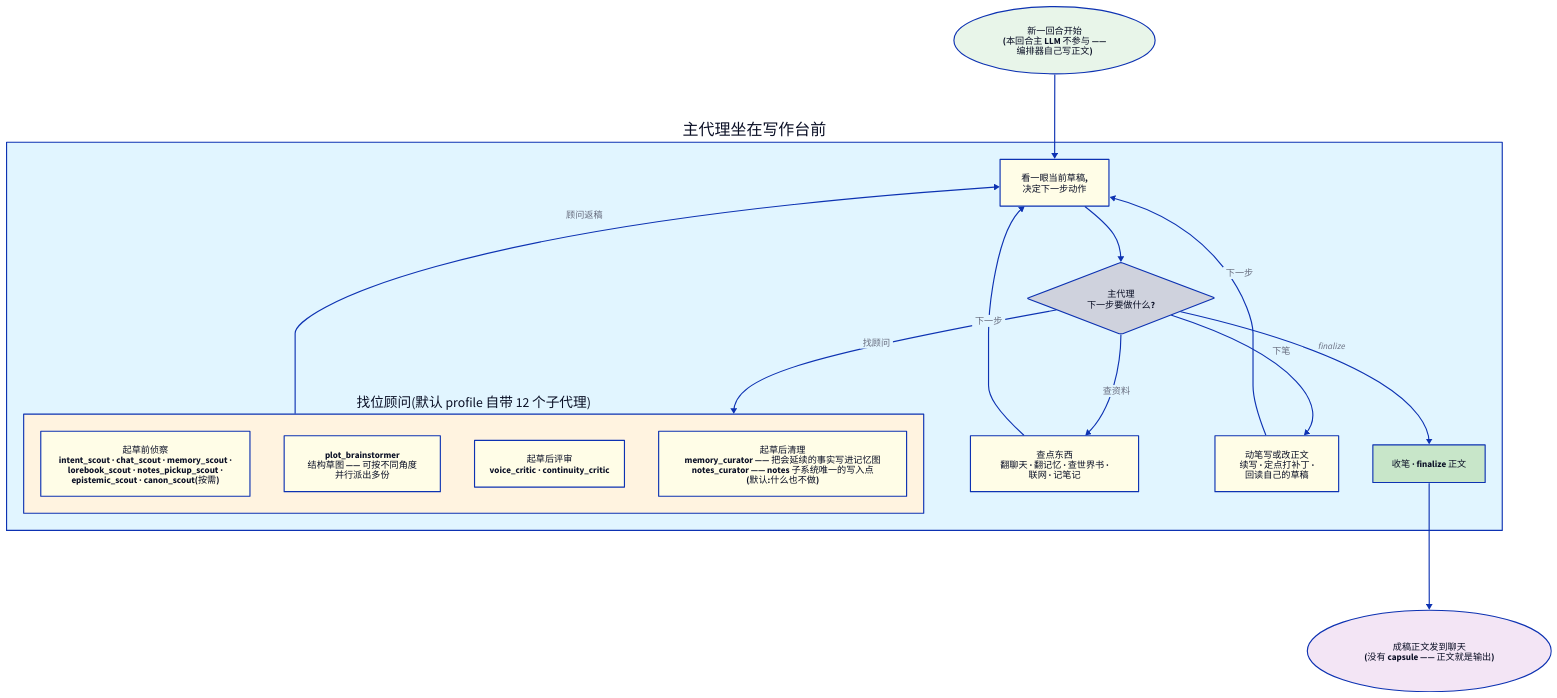
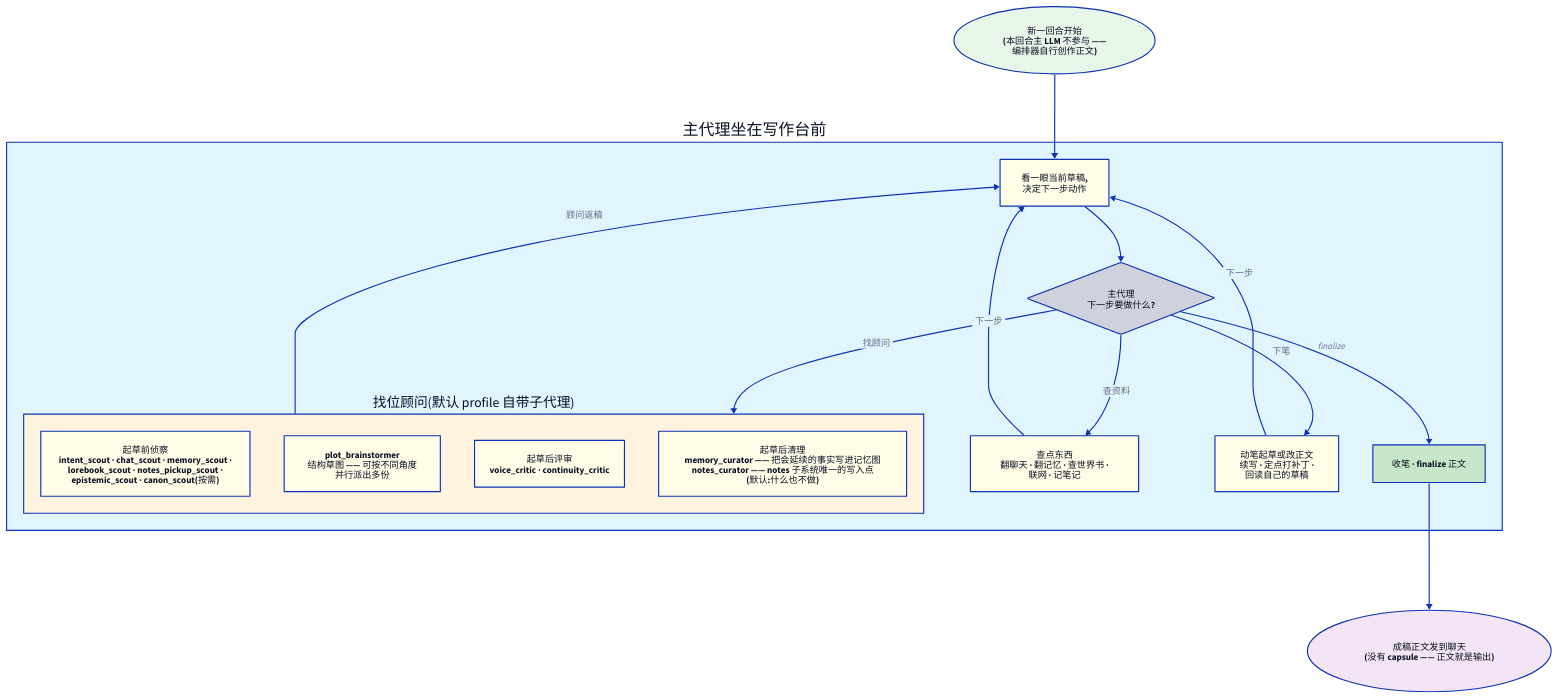
One commit to LaceLetho/Luker changed the diagram in docs/zh-CN/features/orchestrator/director.md. Above: the diagram before and after it, drawn with D2. The commit also changed other lines of this file and 257 other files, not shown here.

````diff
--- a/docs/zh-CN/features/orchestrator/director.md
+++ b/docs/zh-CN/features/orchestrator/director.md
@@ -86,65 +86,65 @@
 ```d2
 direction: down
 
-start: "新一回合开始\n(本回合主 LLM 不参与 ——\n编排器自己写正文)" {
+start: "新一回合开始\n(本回合主 LLM 不参与 ——\n编排器自行创作正文)" {
   shape: oval
   style.fill: "#e8f5e9"
 }
 
 loop: "主代理坐在写作台前" {
   style.fill: "#e1f5ff"
 
   think: "看一眼当前草稿,\n决定下一步动作" {
     style.fill: "#fffde7"
   }
 
   decide: "主代理\n下一步要做什么?" {
     shape: diamond
   }
 
-  consult: "找位顾问(默认 profile 自带 12 个子代理)" {
+  consult: "找位顾问(默认 profile 自带子代理)" {
     style.fill: "#fff3e0"
     pre: "起草前侦察\nintent_scout · chat_scout · memory_scout ·\nlorebook_scout · notes_pickup_scout ·\nepistemic_scout · canon_scout(按需)" {
       style.fill: "#fffde7"
     }
     mid: "plot_brainstormer\n结构草图 —— 可按不同角度\n并行派出多份" {
       style.fill: "#fffde7"
     }
     post: "起草后评审\nvoice_critic · continuity_critic" {
       style.fill: "#fffde7"
     }
     housekeeping: "起草后清理\nmemory_curator —— 把会延续的事实写进记忆图\nnotes_curator —— notes 子系统唯一的写入点\n(默认:什么也不做)" {
       style.fill: "#fffde7"
     }
   }
 
   research: "查点东西\n翻聊天 · 翻记忆 · 查世界书 ·\n联网 · 记笔记" {
     style.fill: "#fffde7"
   }
 
-  write: "动笔写或改正文\n续写 · 定点打补丁 ·\n回读自己的草稿" {
+  write: "动笔起草或改正文\n续写 · 定点打补丁 ·\n回读自己的草稿" {
     style.fill: "#fffde7"
   }
 
   finalize: "收笔 · finalize 正文" {
     style.fill: "#c8e6c9"
   }
 
   think -> decide
   decide -> consult: "找顾问"
   decide -> research: "查资料"
   decide -> write: "下笔"
   decide -> finalize: "finalize"
   consult -> think: "顾问返稿"
   research -> think: "下一步"
   write -> think: "下一步"
 }
 
 out: "成稿正文发到聊天\n(没有 capsule —— 正文就是输出)" {
   shape: oval
   style.fill: "#f3e5f5"
 }
 
 start -> loop.think
 loop.finalize -> out
 ```
````
